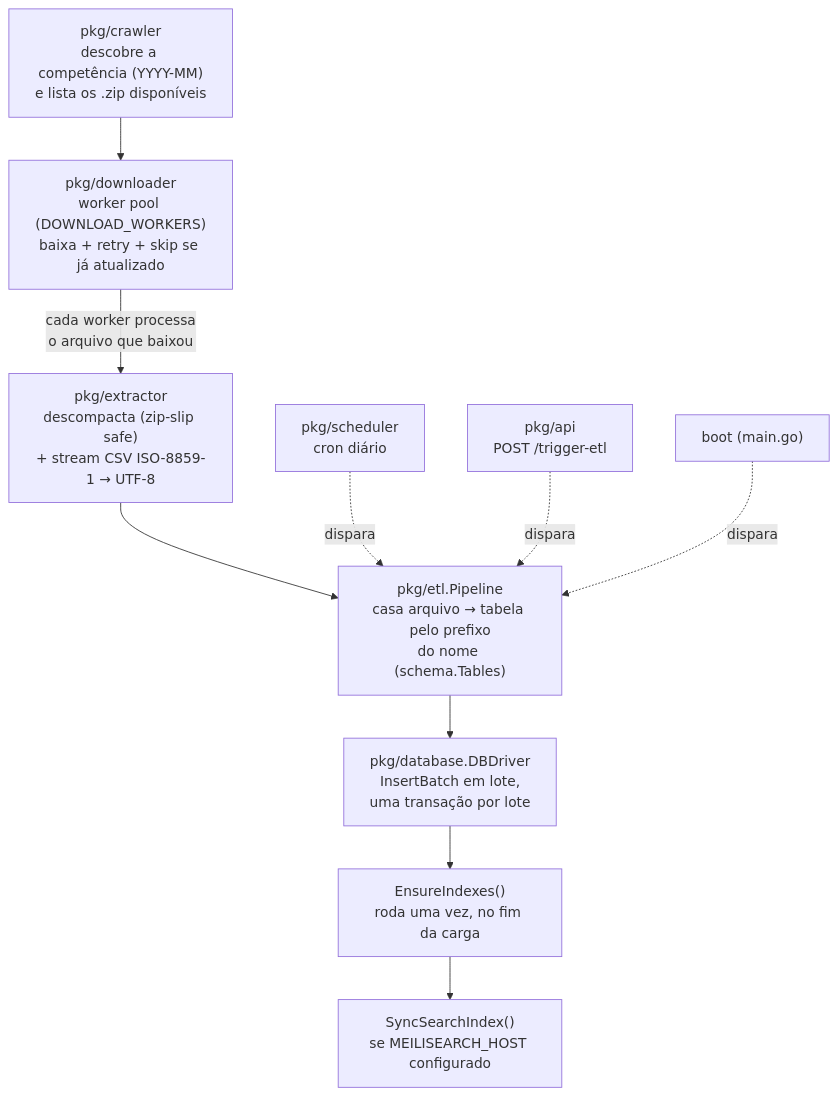
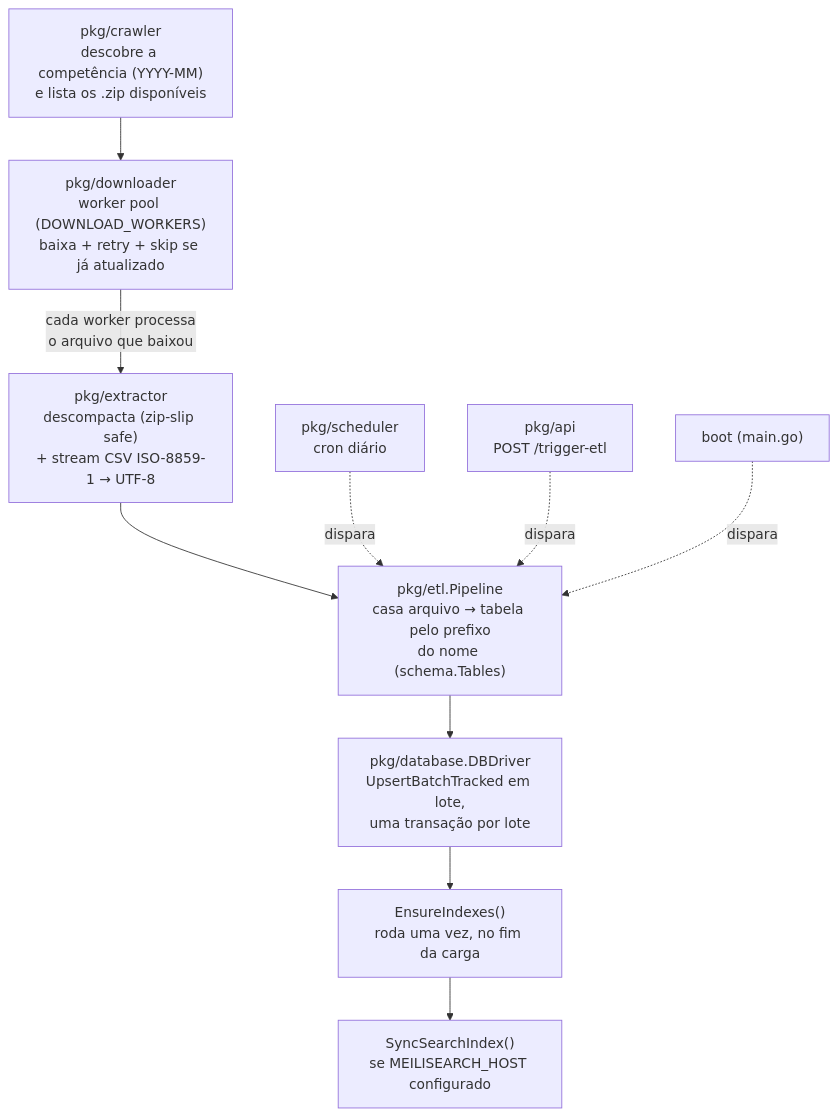
One commit to leandronunes07/cnpj-rfb changed the first of 4 diagrams in docs/ARCHITECTURE.md. Above: the diagram before and after it, drawn with Mermaid. The commit also changed other lines of this file and 9 other files, not shown here.

````diff
--- a/docs/ARCHITECTURE.md
+++ b/docs/ARCHITECTURE.md
@@ -7,13 +7,13 @@
 ```mermaid
 flowchart TD
     A["pkg/crawler<br/>descobre a competência (YYYY-MM)<br/>e lista os .zip disponíveis"] --> B["pkg/downloader<br/>worker pool (DOWNLOAD_WORKERS)<br/>baixa + retry + skip se já atualizado"]
     B -->|"cada worker processa<br/>o arquivo que baixou"| C["pkg/extractor<br/>descompacta (zip-slip safe)<br/>+ stream CSV ISO-8859-1 → UTF-8"]
     C --> D["pkg/etl.Pipeline<br/>casa arquivo → tabela pelo prefixo<br/>do nome (schema.Tables)"]
-    D --> E["pkg/database.DBDriver<br/>InsertBatch em lote,<br/>uma transação por lote"]
+    D --> E["pkg/database.DBDriver<br/>UpsertBatchTracked em lote,<br/>uma transação por lote"]
     E --> F["EnsureIndexes()<br/>roda uma vez, no fim da carga"]
     F --> J["SyncSearchIndex()<br/>se MEILISEARCH_HOST configurado"]
 
     G["pkg/scheduler<br/>cron diário"] -.dispara.-> D
     H["pkg/api<br/>POST /trigger-etl"] -.dispara.-> D
     I["boot (main.go)"] -.dispara.-> D
 ```
````
